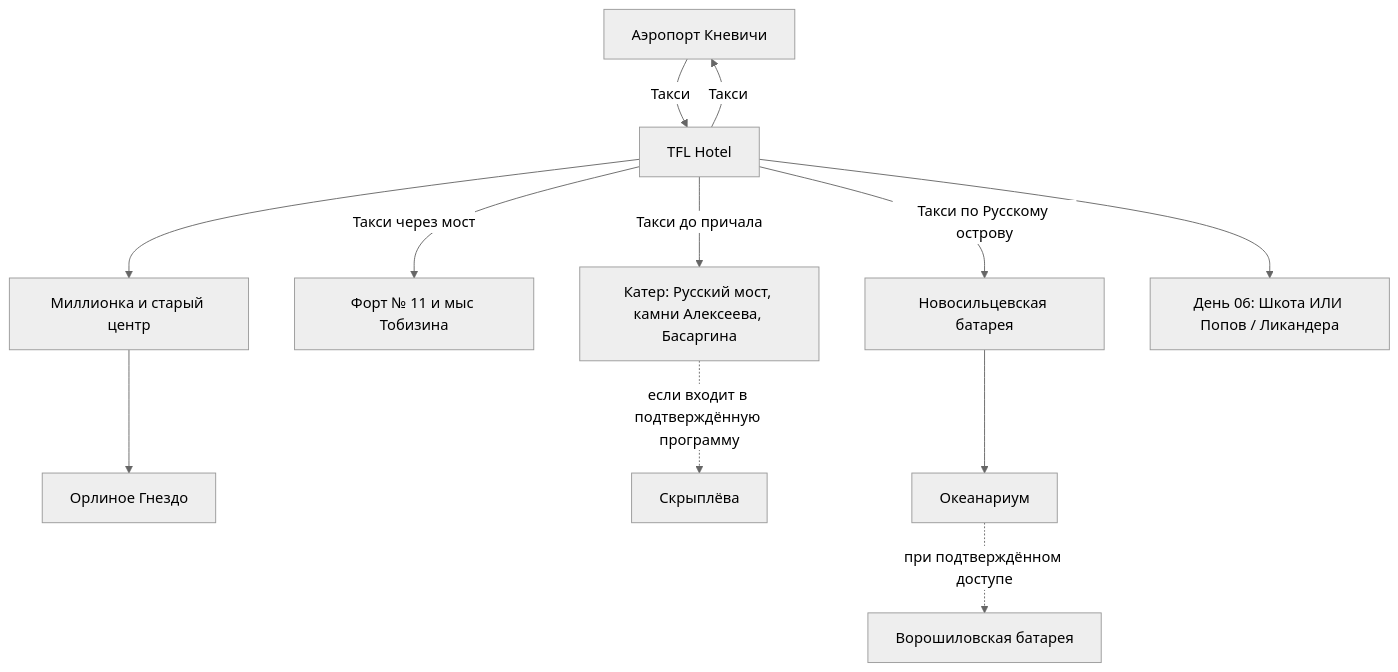
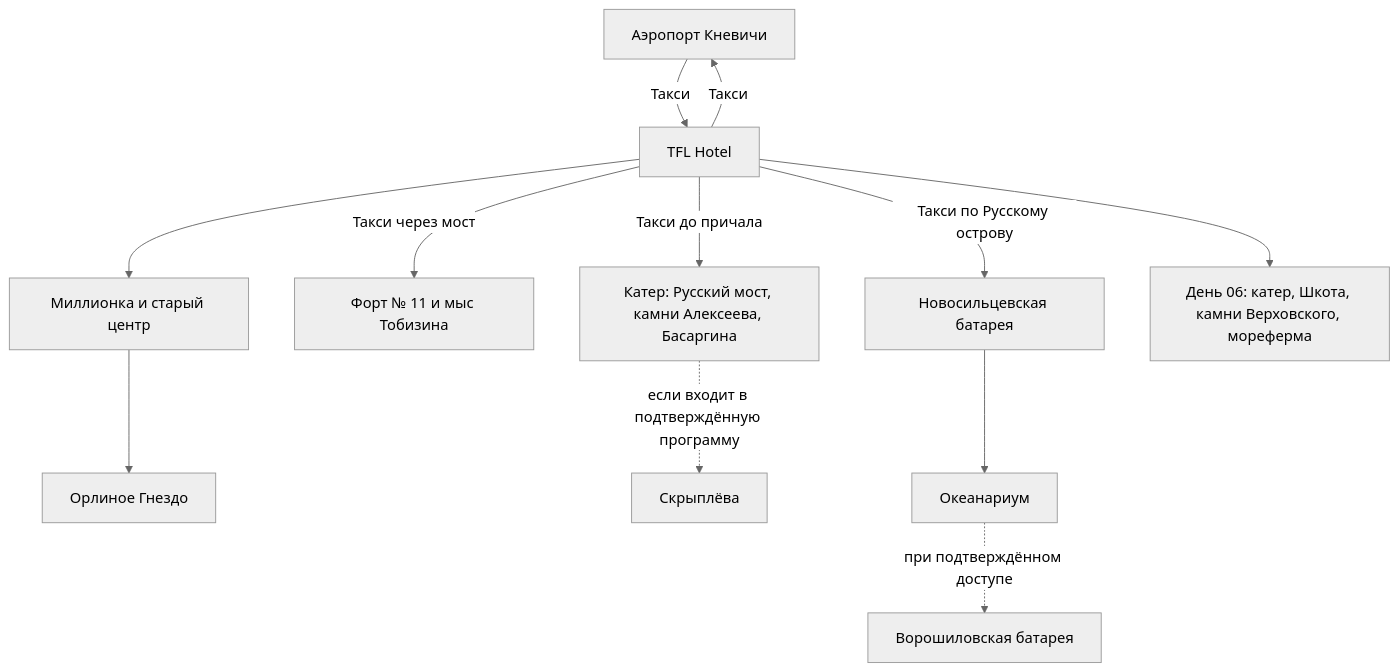
Before and after one commit to injurka/obsidian-mark: the diagram in Personal Note/Travel/-- Владивосток/03 - Бронирования/Транспорт.md, drawn with Mermaid (neutral theme). The commit also changed other lines of this file and 19 other files, not shown here.

````diff
--- a/Personal Note/Travel/-- Владивосток/03 - Бронирования/Транспорт.md
+++ b/Personal Note/Travel/-- Владивосток/03 - Бронирования/Транспорт.md
@@ -20,14 +19,14 @@
 ```mermaid
 flowchart TD
     VVO["Аэропорт Кневичи"] -->|Такси| HOTEL["TFL Hotel"]
     HOTEL --> CITY["Миллионка и старый центр"]
     CITY --> VIEW["Орлиное Гнездо"]
     HOTEL -->|Такси через мост| FORT["Форт № 11 и мыс Тобизина"]
     HOTEL -->|Такси до причала| BOAT["Катер: Русский мост, камни Алексеева, Басаргина"]
     BOAT -. "если входит в подтверждённую программу" .-> SKR["Скрыплёва"]
     HOTEL -->|Такси по Русскому острову| BAT["Новосильцевская батарея"]
     BAT --> AQUA["Океанариум"]
     AQUA -. "при подтверждённом доступе" .-> VOR["Ворошиловская батарея"]
-    HOTEL --> CHOICE["День 06: Шкота ИЛИ Попов / Ликандера"]
+    HOTEL --> CHOICE["День 06: катер, Шкота, камни Верховского, мореферма"]
     HOTEL -->|Такси| VVO
 ```
````
